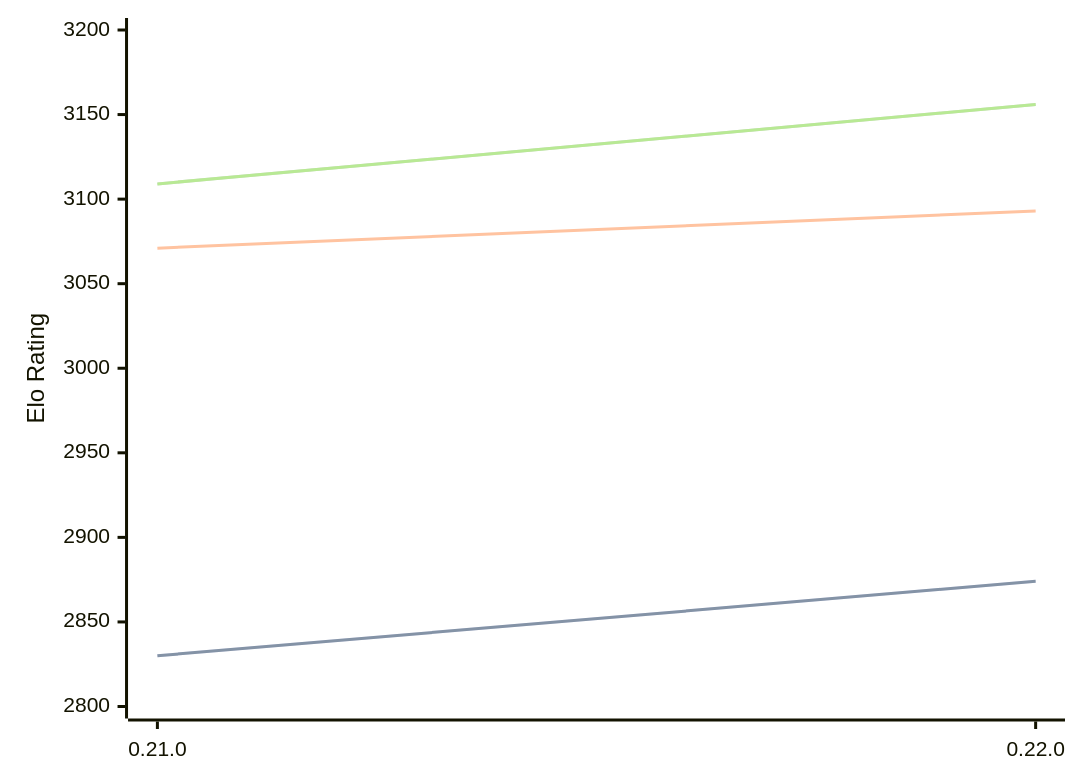
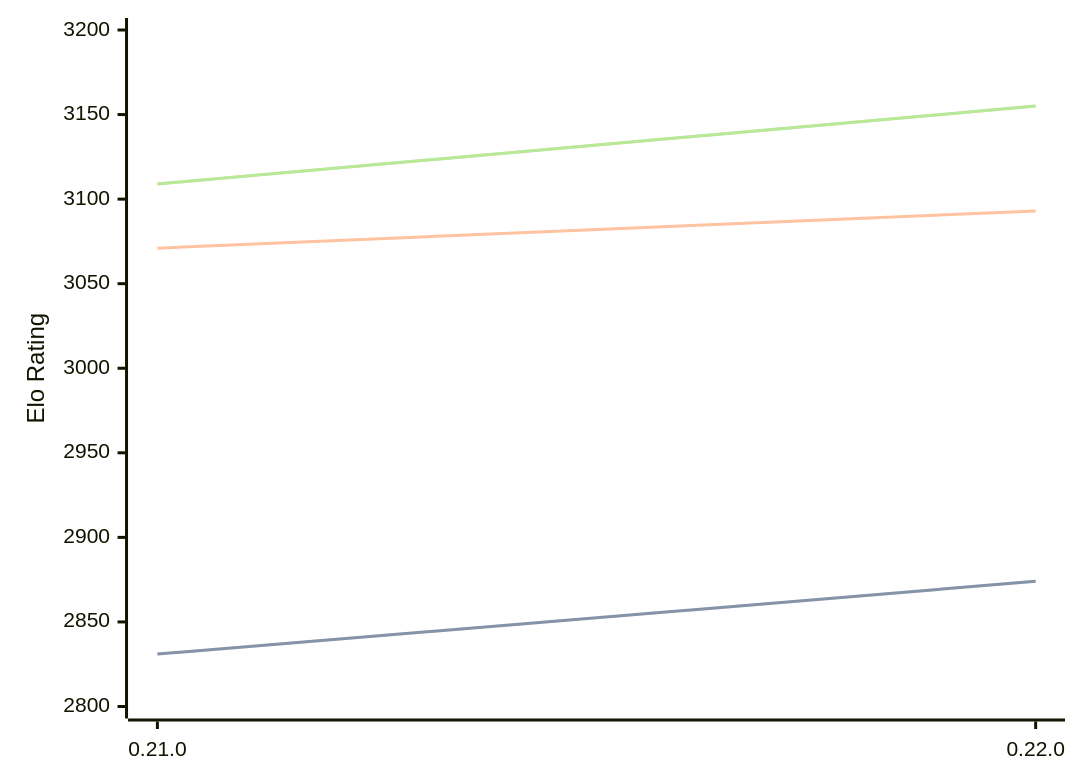
One commit to computer-chess-index/cci changed the diagram in engines/Princhess.md. Above: the diagram before and after it, drawn with Mermaid. The commit also changed other lines of this file, not shown here.

Commit message:
Update CCI Ratings (ELO VLTC) - 2026-08-21

````diff
--- a/engines/Princhess.md
+++ b/engines/Princhess.md
@@ -32,11 +32,11 @@
 ```mermaid
 %%{init: {"theme":"base","themeVariables":{"seriesColors:['#a3a3a3','#222221','#faa371']}}}%%
 xychart-beta
   x-axis ["0.21.0", "0.22.0"]
   y-axis "Elo Rating" 2800 --> 3200
-  line "STC (8.0+0.08s)" [2830, 2874]
-  line "STC (8.0+0.08s)" [2830, 2874]
+  line "STC (8.0+0.08s)" [2831, 2874]
+  line "STC (8.0+0.08s)" [2831, 2874]
   line "LTC (60.0+0.60s)" [3071, 3093]
-  line "VLTC (2m24s+1.12s)" [3109, 3156]
-  line "VLTC (2m24s+1.12s)" [3109, 3156]
+  line "VLTC (2m24s+1.12s)" [3109, 3155]
+  line "VLTC (2m24s+1.12s)" [3109, 3155]
 ```
````
